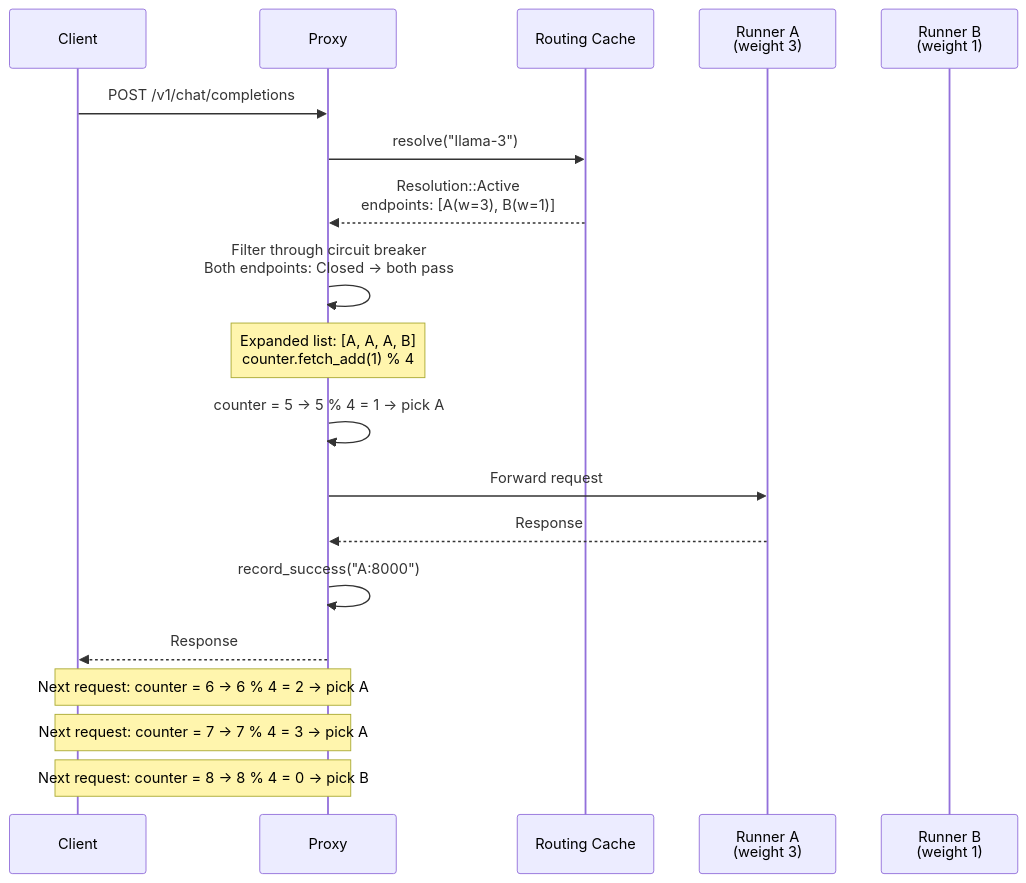
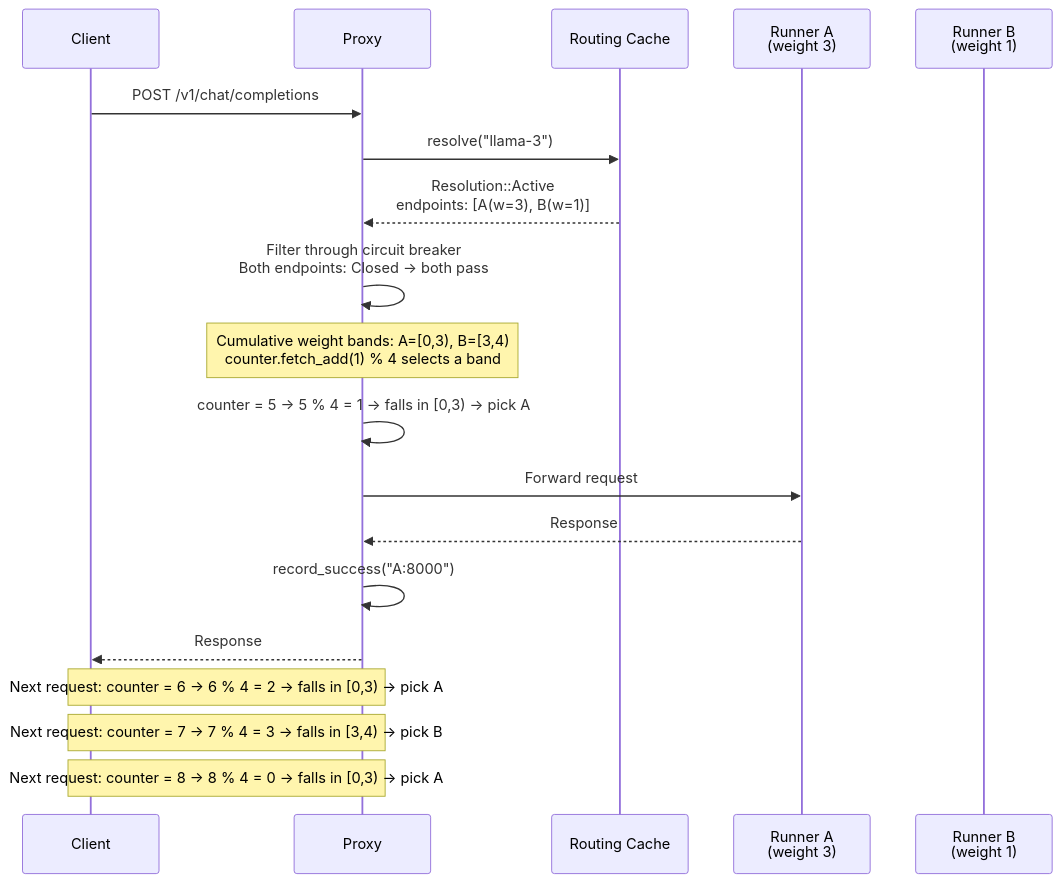
One commit to rh-aiservices-bu/school-of-sardeenz changed the third of 4 diagrams in docs/architecture/components/proxy.md. Above: the diagram before and after it, drawn with Mermaid. The commit also changed other lines of this file and 21 other files, not shown here.

````diff
--- a/docs/architecture/components/proxy.md
+++ b/docs/architecture/components/proxy.md
@@ -120,26 +120,26 @@
 ```mermaid
 sequenceDiagram
     participant Client
     participant Proxy
     participant Cache as Routing Cache
     participant R1 as Runner A<br/>(weight 3)
     participant R2 as Runner B<br/>(weight 1)
 
     Client->>Proxy: POST /v1/chat/completions
     Proxy->>Cache: resolve("llama-3")
     Cache-->>Proxy: Resolution::Active<br/>endpoints: [A(w=3), B(w=1)]
 
     Proxy->>Proxy: Filter through circuit breaker<br/>Both endpoints: Closed → both pass
 
-    Note over Proxy: Expanded list: [A, A, A, B]<br/>counter.fetch_add(1) % 4
+    Note over Proxy: Cumulative weight bands: A=[0,3), B=[3,4)<br/>counter.fetch_add(1) % 4 selects a band
 
-    Proxy->>Proxy: counter = 5 → 5 % 4 = 1 → pick A
+    Proxy->>Proxy: counter = 5 → 5 % 4 = 1 → falls in [0,3) → pick A
     Proxy->>R1: Forward request
     R1-->>Proxy: Response
     Proxy->>Proxy: record_success("A:8000")
     Proxy-->>Client: Response
 
-    Note over Client,Proxy: Next request: counter = 6 → 6 % 4 = 2 → pick A
-    Note over Client,Proxy: Next request: counter = 7 → 7 % 4 = 3 → pick A
-    Note over Client,Proxy: Next request: counter = 8 → 8 % 4 = 0 → pick B
+    Note over Client,Proxy: Next request: counter = 6 → 6 % 4 = 2 → falls in [0,3) → pick A
+    Note over Client,Proxy: Next request: counter = 7 → 7 % 4 = 3 → falls in [3,4) → pick B
+    Note over Client,Proxy: Next request: counter = 8 → 8 % 4 = 0 → falls in [0,3) → pick A
 ```
````
